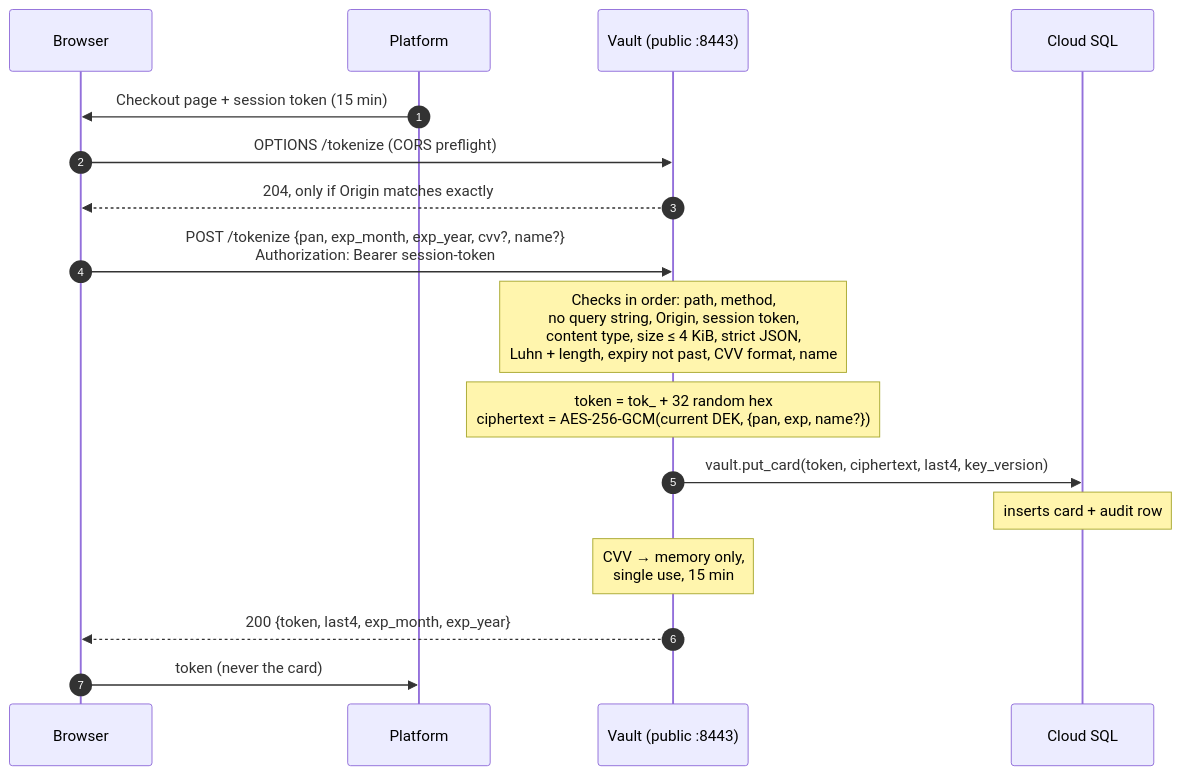
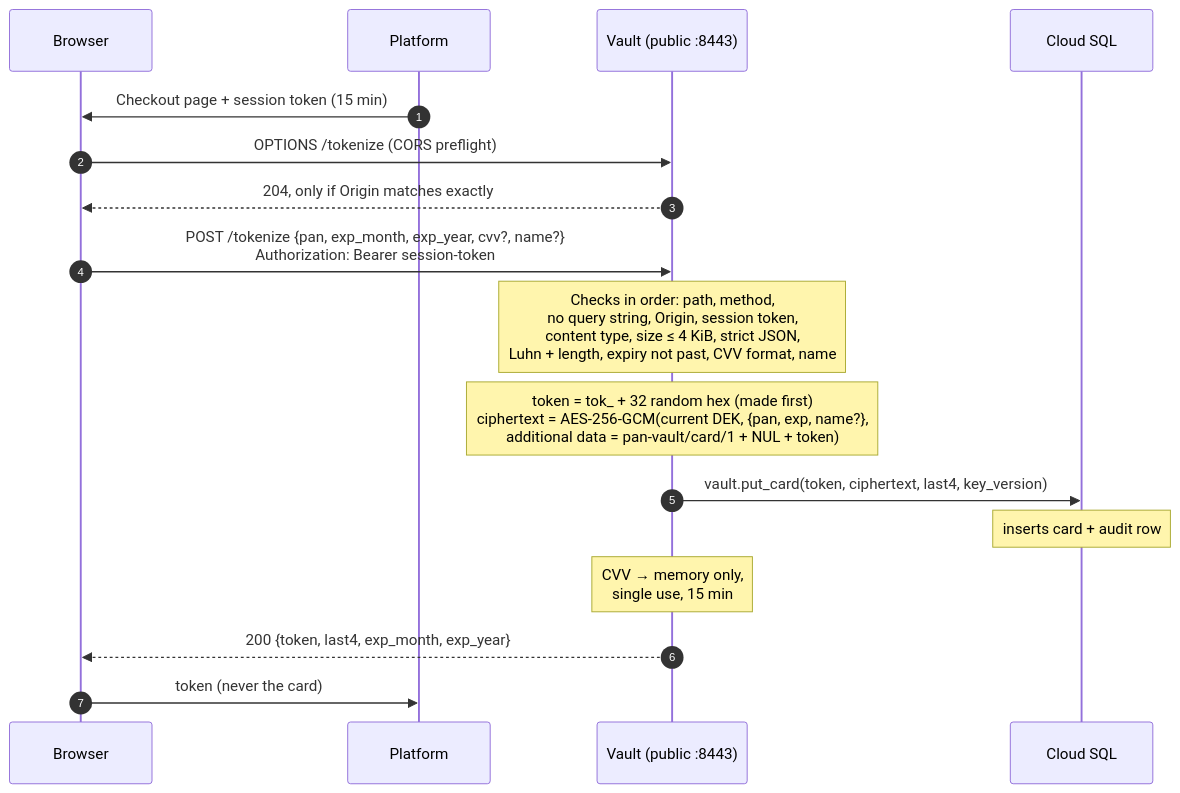
One commit to camcima/tokenizer changed the fifth of 11 diagrams in README.md. Above: the diagram before and after it, drawn with Mermaid. The commit also changed other lines of this file and 12 other files, not shown here.

````diff
--- a/README.md
+++ b/README.md
@@ -290,20 +292,20 @@
 ```mermaid
 sequenceDiagram
     autonumber
     participant B as Browser
     participant P as Platform
     participant V as Vault (public :8443)
     participant DB as Cloud SQL
 
     P->>B: Checkout page + session token (15 min)
     B->>V: OPTIONS /tokenize (CORS preflight)
     V-->>B: 204, only if Origin matches exactly
     B->>V: POST /tokenize {pan, exp_month, exp_year, cvv?, name?}<br/>Authorization: Bearer session-token
     Note over V: Checks in order: path, method,<br/>no query string, Origin, session token,<br/>content type, size ≤ 4 KiB, strict JSON,<br/>Luhn + length, expiry not past, CVV format, name
-    Note over V: token = tok_ + 32 random hex<br/>ciphertext = AES-256-GCM(current DEK, {pan, exp, name?})
+    Note over V: token = tok_ + 32 random hex (made first)<br/>ciphertext = AES-256-GCM(current DEK, {pan, exp, name?},<br/>additional data = pan-vault/card/1 + NUL + token)
     V->>DB: vault.put_card(token, ciphertext, last4, key_version)
     Note over DB: inserts card + audit row
     Note over V: CVV → memory only,<br/>single use, 15 min
     V-->>B: 200 {token, last4, exp_month, exp_year}
     B->>P: token (never the card)
 ```
````
